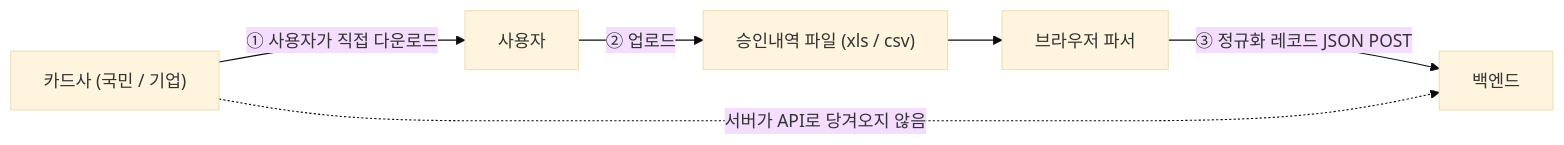
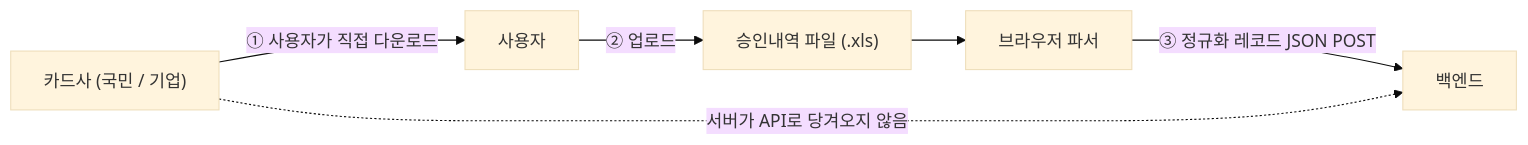
Before and after one commit to RainDrop3/ktc4-pusan-4: the second of 3 diagrams in docs/architecture.md, drawn with Mermaid (base theme). The commit also changed 10 other files, not shown here.

````diff
--- a/docs/architecture.md
+++ b/docs/architecture.md
@@ -93,13 +93,13 @@
 ```mermaid
 flowchart LR
     CARD["카드사 (국민 / 기업)"]
     U["사용자"]
-    FILE["승인내역 파일 (xls / csv)"]
+    FILE["승인내역 파일 (.xls)"]
     BROWSER["브라우저 파서"]
     SERVER["백엔드"]
 
     CARD -->|"① 사용자가 직접 다운로드"| U
     U -->|"② 업로드"| FILE --> BROWSER
     BROWSER -->|"③ 정규화 레코드 JSON POST"| SERVER
     CARD -. "서버가 API로 당겨오지 않음" .-> SERVER
 ```
````
